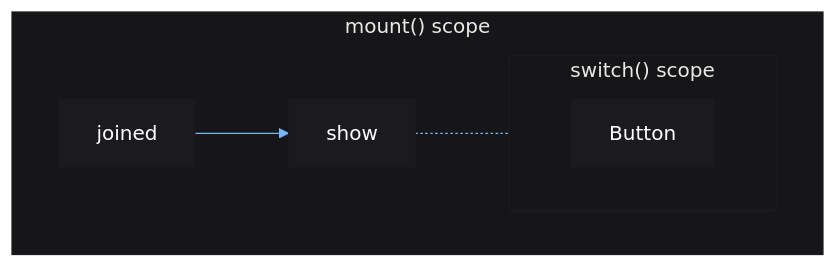
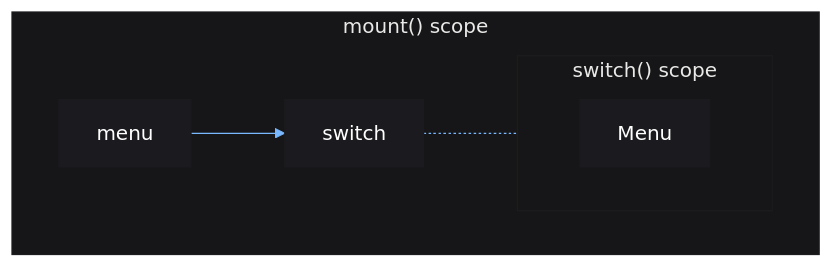
One commit to centau/vide changed the second of 3 diagrams in docs/tut/crash-course/11-control-flow.md. Above: the diagram before and after it, drawn with Mermaid. The commit also changed other lines of this file and 15 other files, not shown here.

````diff
--- a/docs/tut/crash-course/11-control-flow.md
+++ b/docs/tut/crash-course/11-control-flow.md
@@ -149,25 +152,25 @@
 ```mermaid
 %%{init: {
     "theme": "base",
     "themeVariables": {
         "primaryColor": "#1B1B1F",
         "primaryTextColor": "#fff",
         "primaryBorderColor": "#1B1B1F",
         "lineColor": "#79B8FF",
         "tertiaryColor": "#161618",
         "tertiaryBorderColor": "#1C1C1F"
     }
 }}%%
 
-flowchart
+graph
 
-subgraph root ["mount() scope"]
+subgraph root["mount() scope"]
     direction LR
-    joined --> show -.- subroot
+    menu --> switch -.- subroot
 
-    subgraph subroot ["switch() scope"]
+    subgraph subroot["switch() scope"]
         direction LR
-        Button
+        Menu
     end
 end
 ```
````
